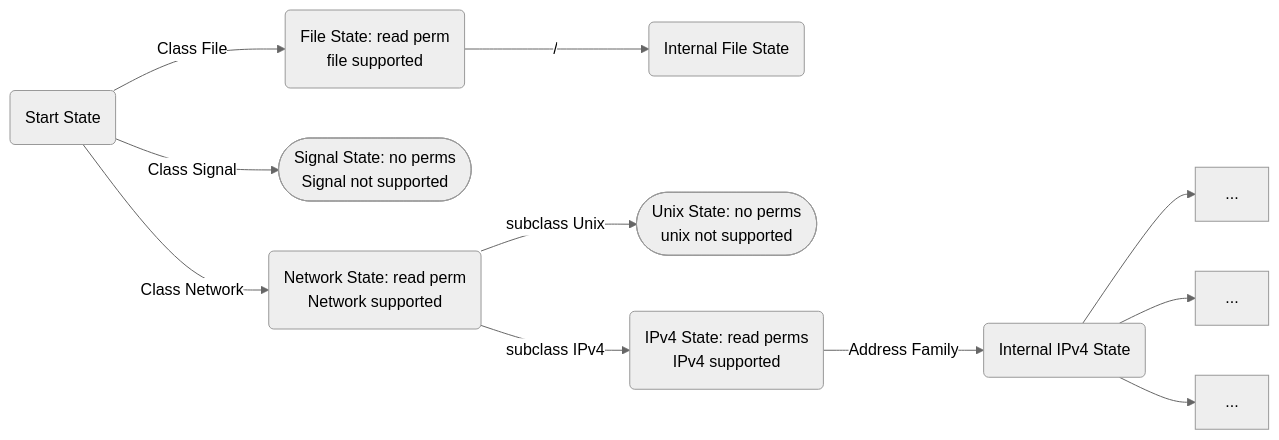
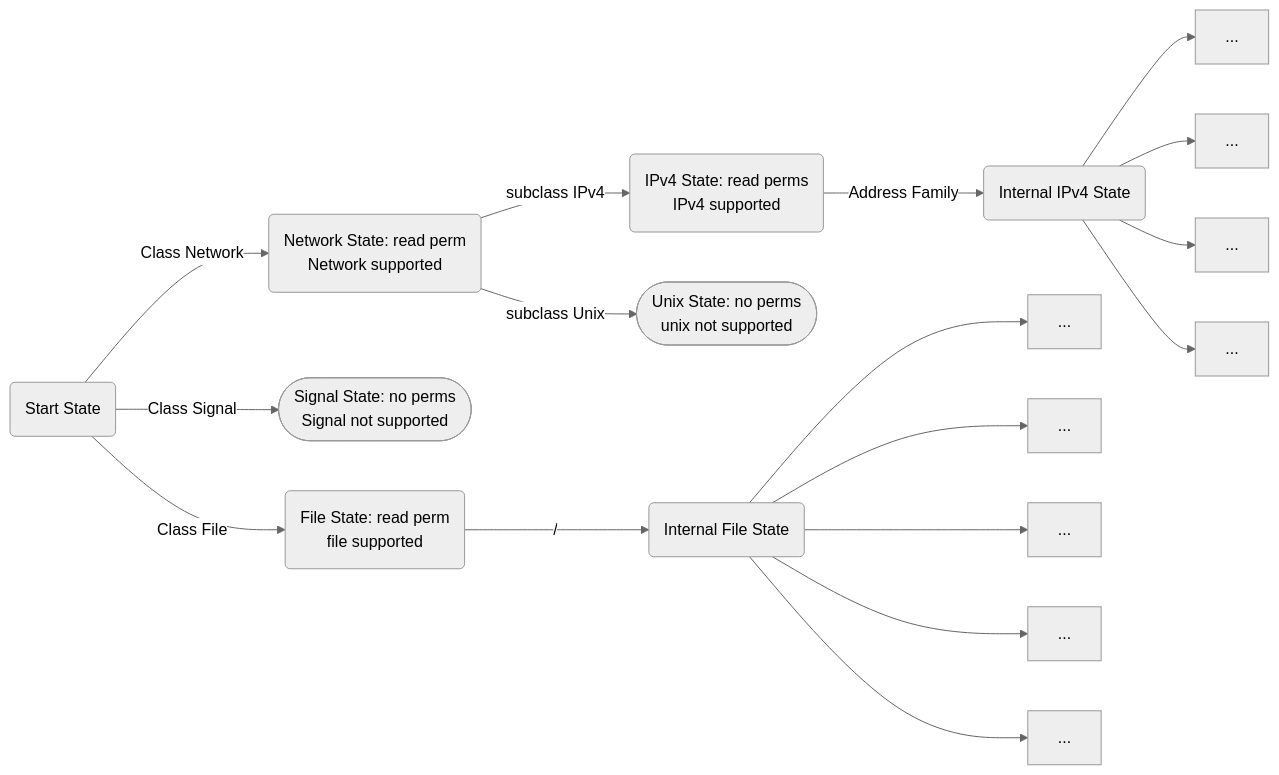
The diagram in AppArmorFeatureABI.md (youngker/apparmor-wiki), drawn with Mermaid (neutral theme) before and after one commit.

Commit message:
Update AppArmorFeatureABI

````diff
--- a/AppArmorFeatureABI.md
+++ b/AppArmorFeatureABI.md
@@ -144,13 +144,19 @@
 ```mermaid
 graph LR;
   A(Start State) --> |Class File| F;
   A --> |Class Signal| S([Signal State: no perms<br> Signal not supported]);
   A --> |Class Network| N;
   F(File State: read perm<br> file supported) --> |/| Fi(Internal File State);
   N(Network State: read perm<br> Network supported) --> |subclass Unix| U([Unix State: no perms<br> unix not supported]);
   N --> |subclass IPv4| I(IPv4 State: read perms<br>IPv4 supported);
   I --> |Address Family| ipv4(Internal IPv4 State);
+  Fi --> Y1[...];
+  Fi --> Y2[...];
+  Fi --> Y3[...];
+  Fi --> Y4[...];
+  Fi --> Y5[...];
   ipv4 --> X1[...];
   ipv4 --> X2[...];
   ipv4 --> X3[...];
+  ipv4 --> X4[...];
 ```
````
